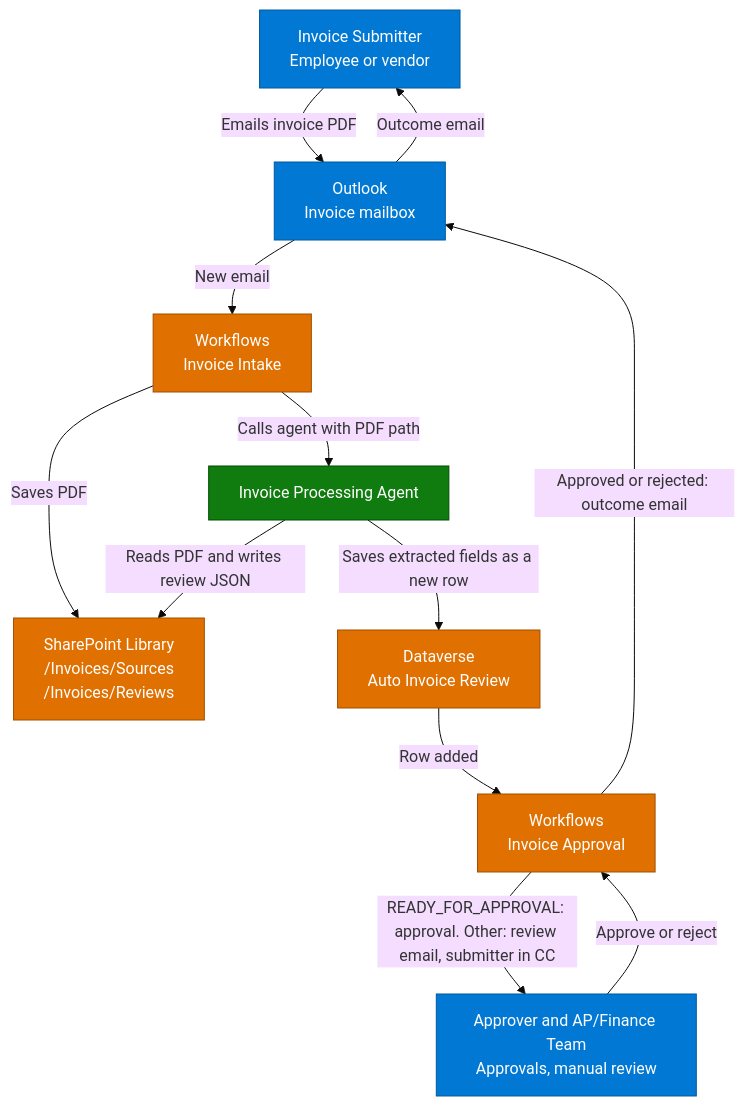
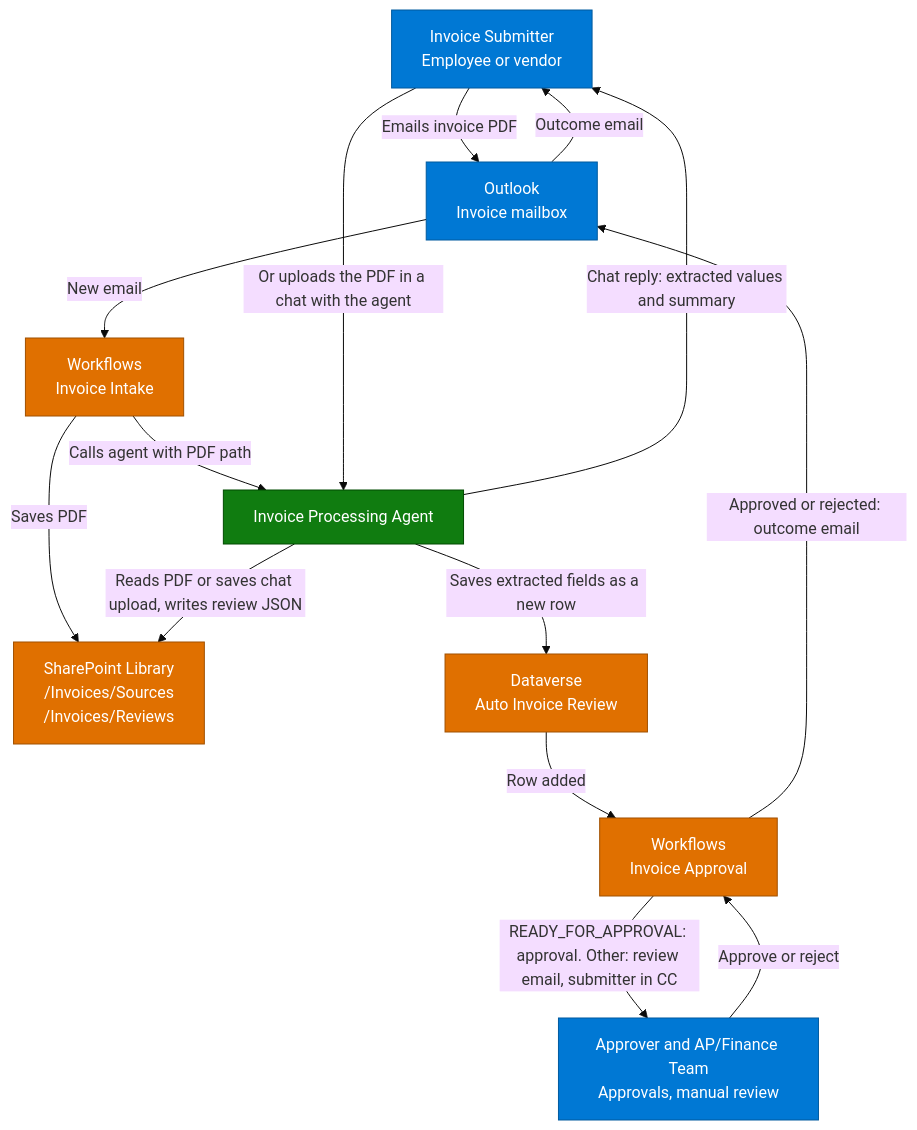
One commit to petepuu/ai-agent-runbooks changed the diagram in 01-scenarios/Autonomous-Invoice-Orchestration-Agent-GHCP/1.Overview.md. Above: the diagram before and after it, drawn with Mermaid (base theme). The commit also changed other lines of this file and 3 other files, not shown here.

First line of the commit message:
Add direct chat-upload path to diagrams and align docs

````diff
--- a/01-scenarios/Autonomous-Invoice-Orchestration-Agent-GHCP/1.Overview.md
+++ b/01-scenarios/Autonomous-Invoice-Orchestration-Agent-GHCP/1.Overview.md
@@ -55,32 +56,34 @@
 ```mermaid
 flowchart TD
     S["Invoice Submitter<br/>Employee or vendor"]
     M["Outlook<br/>Invoice mailbox"]
     WI["Workflows<br/>Invoice Intake"]
     A["Invoice Processing Agent"]
     SP["SharePoint Library<br/>/Invoices/Sources<br/>/Invoices/Reviews"]
     DV["Dataverse<br/>Auto Invoice Review"]
     WA["Workflows<br/>Invoice Approval"]
     R["Approver and AP/Finance Team<br/>Approvals, manual review"]
 
     S -->|"Emails invoice PDF"| M
     M -->|"New email"| WI
     WI -->|"Saves PDF"| SP
     WI -->|"Calls agent with PDF path"| A
-    A -->|"Reads PDF and writes review JSON"| SP
+    S -->|"Or uploads the PDF in a chat with the agent"| A
+    A -->|"Chat reply: extracted values and summary"| S
+    A -->|"Reads PDF or saves chat upload, writes review JSON"| SP
     A -->|"Saves extracted fields as a new row"| DV
     DV -->|"Row added"| WA
     WA -->|"READY_FOR_APPROVAL: approval. Other: review email, submitter in CC"| R
     R -->|"Approve or reject"| WA
     WA -->|"Approved or rejected: outcome email"| M
     M -->|"Outcome email"| S
 
     style S fill:#0078D4,color:#fff,stroke:#005A9E
     style M fill:#0078D4,color:#fff,stroke:#005A9E
     style R fill:#0078D4,color:#fff,stroke:#005A9E
     style A fill:#107C10,color:#fff,stroke:#004B00
     style WI fill:#E07000,color:#fff,stroke:#A05000
     style WA fill:#E07000,color:#fff,stroke:#A05000
     style SP fill:#E07000,color:#fff,stroke:#A05000
     style DV fill:#E07000,color:#fff,stroke:#A05000
 ```
````
